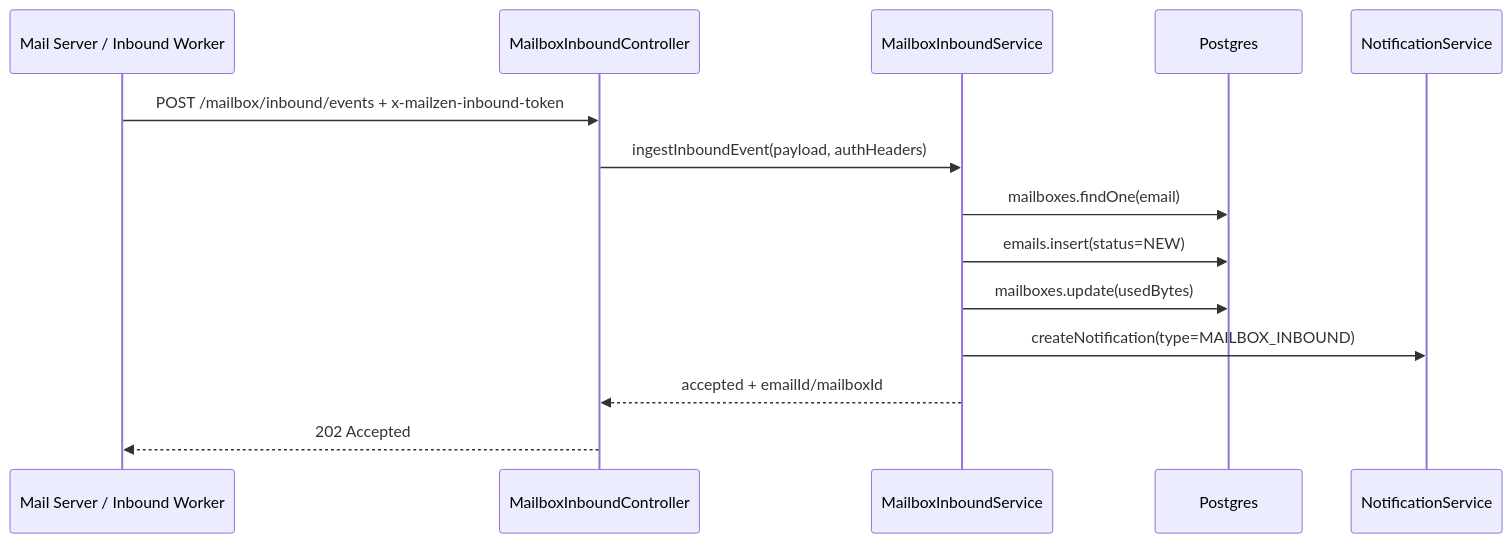
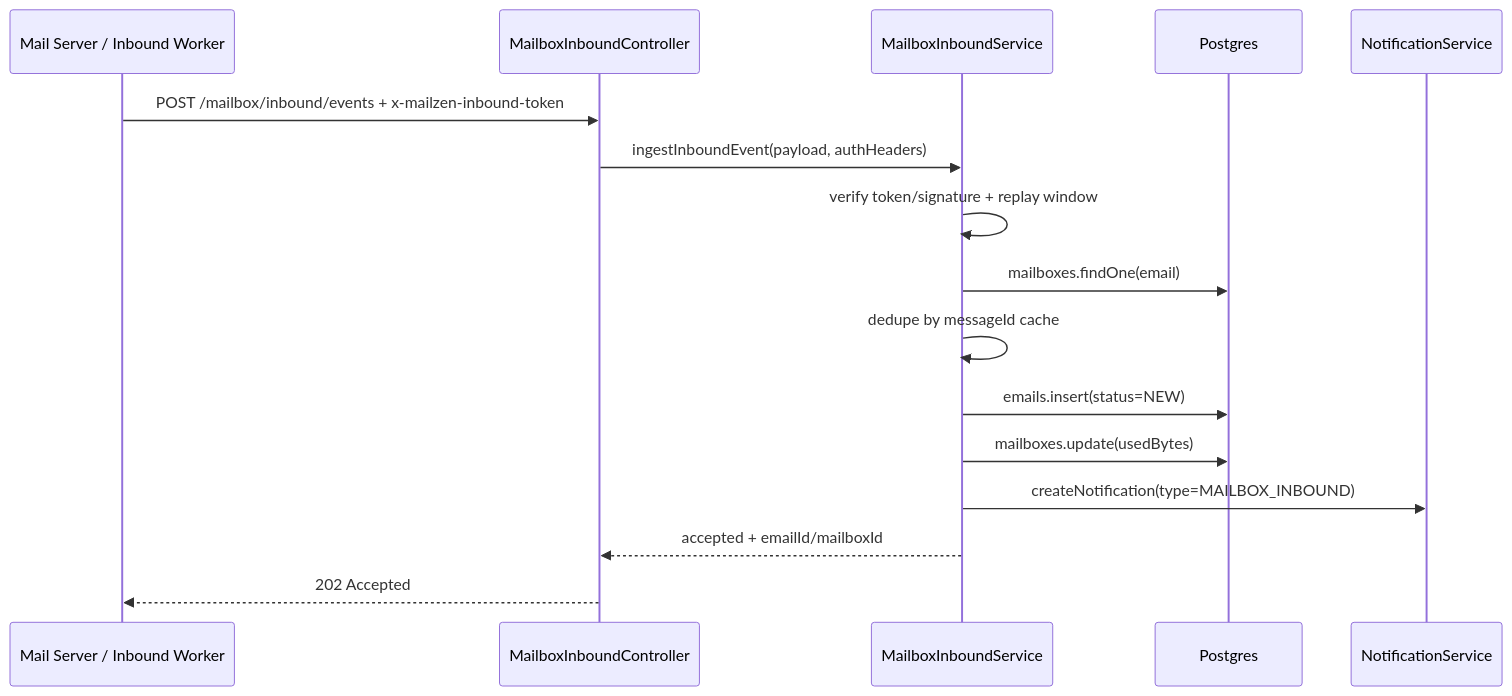
Before and after one commit to AmanVatsSharma/MailZen-Smart-Email-Management: the second of 2 diagrams in apps/backend/src/mailbox/README.md, drawn with Mermaid. The commit also changed other lines of this file and 4 other files, not shown here.

````diff
--- a/apps/backend/src/mailbox/README.md
+++ b/apps/backend/src/mailbox/README.md
@@ -106,17 +119,19 @@
 ```mermaid
 sequenceDiagram
   participant MailInfra as Mail Server / Inbound Worker
   participant API as MailboxInboundController
   participant SVC as MailboxInboundService
   participant DB as Postgres
   participant Notif as NotificationService
 
   MailInfra->>API: POST /mailbox/inbound/events + x-mailzen-inbound-token
   API->>SVC: ingestInboundEvent(payload, authHeaders)
+  SVC->>SVC: verify token/signature + replay window
   SVC->>DB: mailboxes.findOne(email)
+  SVC->>SVC: dedupe by messageId cache
   SVC->>DB: emails.insert(status=NEW)
   SVC->>DB: mailboxes.update(usedBytes)
   SVC->>Notif: createNotification(type=MAILBOX_INBOUND)
   SVC-->>API: accepted + emailId/mailboxId
   API-->>MailInfra: 202 Accepted
 ```
````
